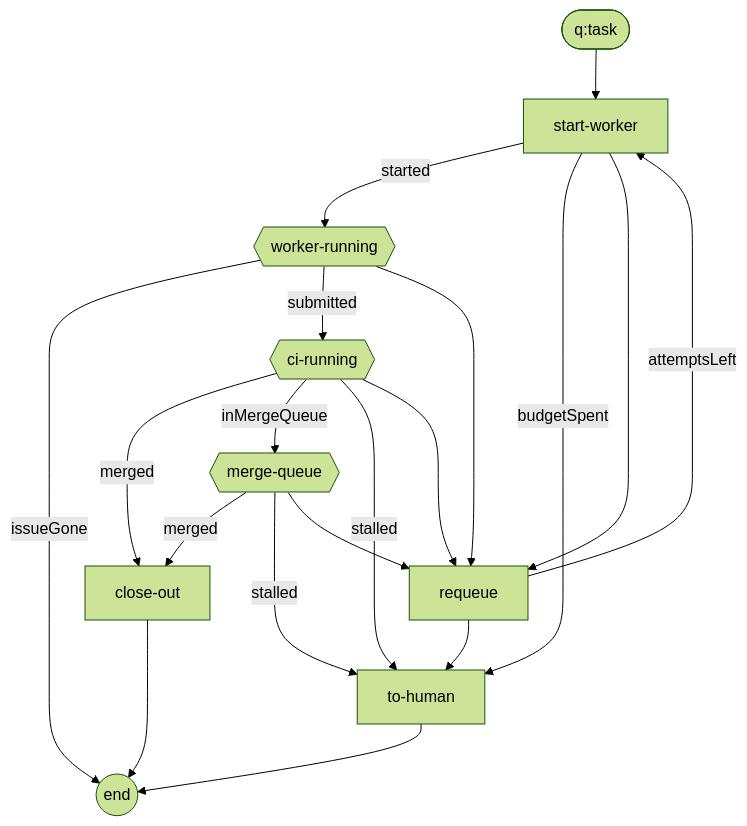
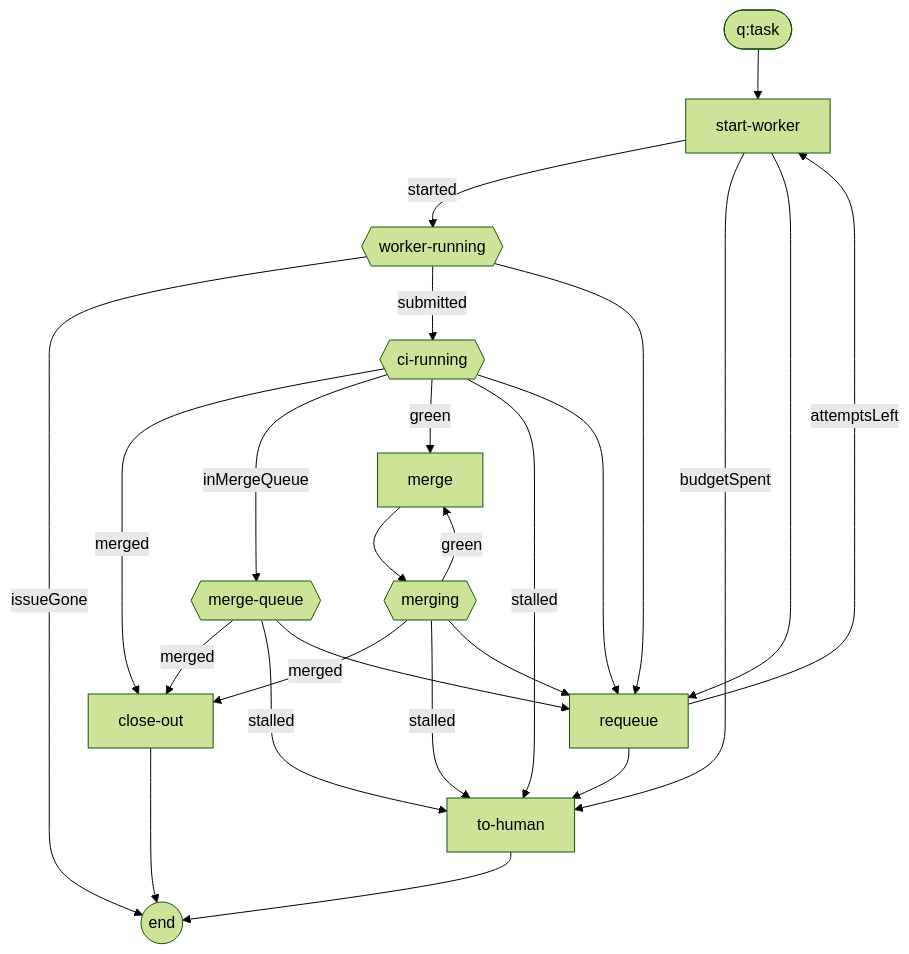
Before and after one commit to daocuong11/monorepo: the first of 4 diagrams in packages/cambium/README.md, drawn with Mermaid (forest theme). The commit also changed other lines of this file and 9 other files, not shown here.

First line of the commit message:
feat(cambium): per-repo merge policy; merge "green" merges Task PRs on green CI

````diff
--- a/packages/cambium/README.md
+++ b/packages/cambium/README.md
@@ -243,30 +245,38 @@
 ```mermaid
 flowchart TD
   start_(["q:task"])
   n0["start-worker"]
   n1{{"worker-running"}}
   n2{{"ci-running"}}
-  n3{{"merge-queue"}}
-  n4["close-out"]
-  n5["requeue"]
-  n6["to-human"]
+  n3["merge"]
+  n4{{"merging"}}
+  n5{{"merge-queue"}}
+  n6["close-out"]
+  n7["requeue"]
+  n8["to-human"]
   end_(("end"))
   start_ --> n0
   n0 -->|"started"| n1
-  n0 -->|"budgetSpent"| n6
-  n0 --> n5
+  n0 -->|"budgetSpent"| n8
+  n0 --> n7
   n1 -->|"issueGone"| end_
   n1 -->|"submitted"| n2
-  n1 --> n5
-  n2 -->|"merged"| n4
-  n2 -->|"inMergeQueue"| n3
-  n2 -->|"stalled"| n6
-  n2 --> n5
-  n3 -->|"merged"| n4
-  n3 -->|"stalled"| n6
-  n3 --> n5
-  n5 -->|"attemptsLeft"| n0
-  n5 --> n6
-  n4 --> end_
+  n1 --> n7
+  n2 -->|"merged"| n6
+  n2 -->|"inMergeQueue"| n5
+  n2 -->|"green"| n3
+  n2 -->|"stalled"| n8
+  n2 --> n7
+  n3 --> n4
+  n4 -->|"merged"| n6
+  n4 -->|"green"| n3
+  n4 -->|"stalled"| n8
+  n4 --> n7
+  n5 -->|"merged"| n6
+  n5 -->|"stalled"| n8
+  n5 --> n7
+  n7 -->|"attemptsLeft"| n0
+  n7 --> n8
   n6 --> end_
+  n8 --> end_
 ```
````
